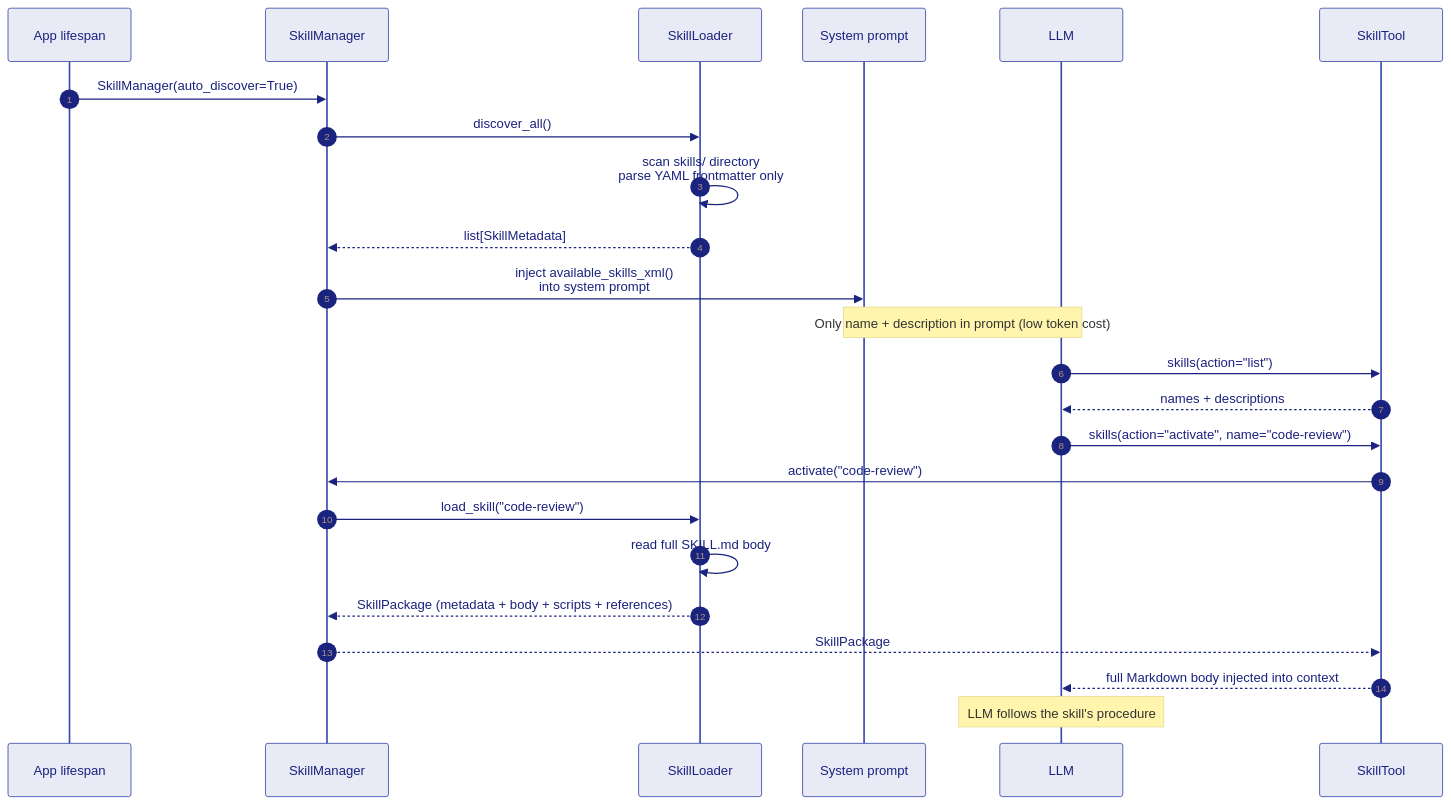
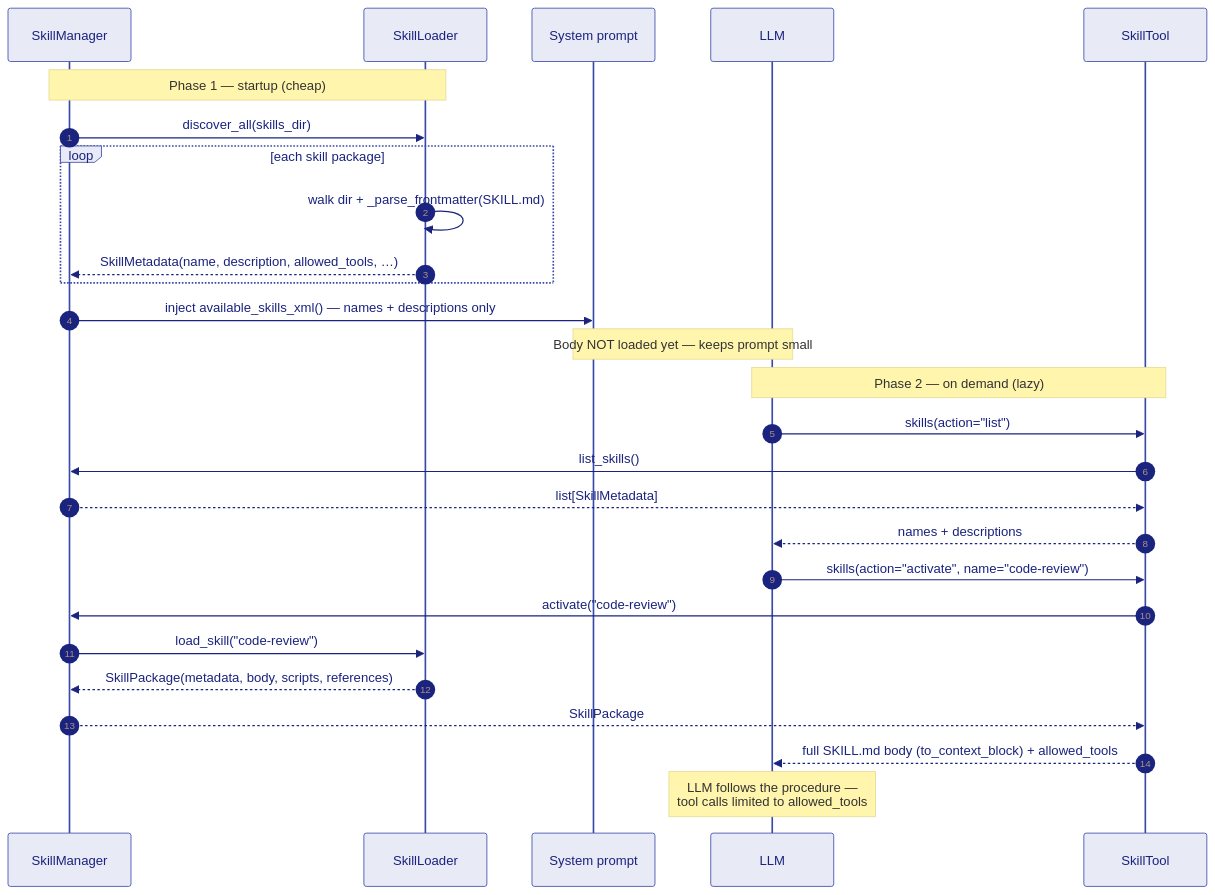
The first of 2 diagrams in agents/agent-substrate/docs/capabilities/02-skills.md (Ravikumarchavva/agent-substrate), drawn with Mermaid before and after one commit. The commit also changed other lines of this file and 10 other files, not shown here.

First line of the commit message:
Refactor documentation diagrams and enhance Mermaid integration

````diff
--- a/agents/agent-substrate/docs/capabilities/02-skills.md
+++ b/agents/agent-substrate/docs/capabilities/02-skills.md
@@ -34,32 +34,34 @@
 ```mermaid
 %%{init: {'theme': 'base', 'themeVariables': {'primaryColor': '#E8EAF6','primaryTextColor': '#1A237E','primaryBorderColor': '#3949AB','lineColor': '#546E7A','fontSize': '13px'}}}%%
 sequenceDiagram
     autonumber
-    participant Boot as App lifespan
     participant SM as SkillManager
     participant SL as SkillLoader
     participant Sys as System prompt
     participant LLM as LLM
     participant ST as SkillTool
 
-    Boot->>SM: SkillManager(auto_discover=True)
-    SM->>SL: discover_all()
-    SL->>SL: scan skills/ directory<br/>parse YAML frontmatter only
-    SL-->>SM: list[SkillMetadata]
-    SM->>Sys: inject available_skills_xml()<br/>into system prompt
+    Note over SM,SL: Phase 1 — startup (cheap)
+    SM->>SL: discover_all(skills_dir)
+    loop each skill package
+        SL->>SL: walk dir + _parse_frontmatter(SKILL.md)
+        SL-->>SM: SkillMetadata(name, description, allowed_tools, …)
+    end
+    SM->>Sys: inject available_skills_xml() — names + descriptions only
+    Note over Sys,LLM: Body NOT loaded yet — keeps prompt small
 
-    Note over Sys,LLM: Only name + description in prompt (low token cost)
-
+    Note over LLM,ST: Phase 2 — on demand (lazy)
     LLM->>ST: skills(action="list")
+    ST->>SM: list_skills()
+    SM-->>ST: list[SkillMetadata]
     ST-->>LLM: names + descriptions
 
     LLM->>ST: skills(action="activate", name="code-review")
     ST->>SM: activate("code-review")
     SM->>SL: load_skill("code-review")
-    SL->>SL: read full SKILL.md body
-    SL-->>SM: SkillPackage (metadata + body + scripts + references)
+    SL-->>SM: SkillPackage(metadata, body, scripts, references)
     SM-->>ST: SkillPackage
-    ST-->>LLM: full Markdown body injected into context
+    ST-->>LLM: full SKILL.md body (to_context_block) + allowed_tools
 
-    Note over LLM: LLM follows the skill's procedure
+    Note over LLM: LLM follows the procedure —<br/>tool calls limited to allowed_tools
 ```
````
